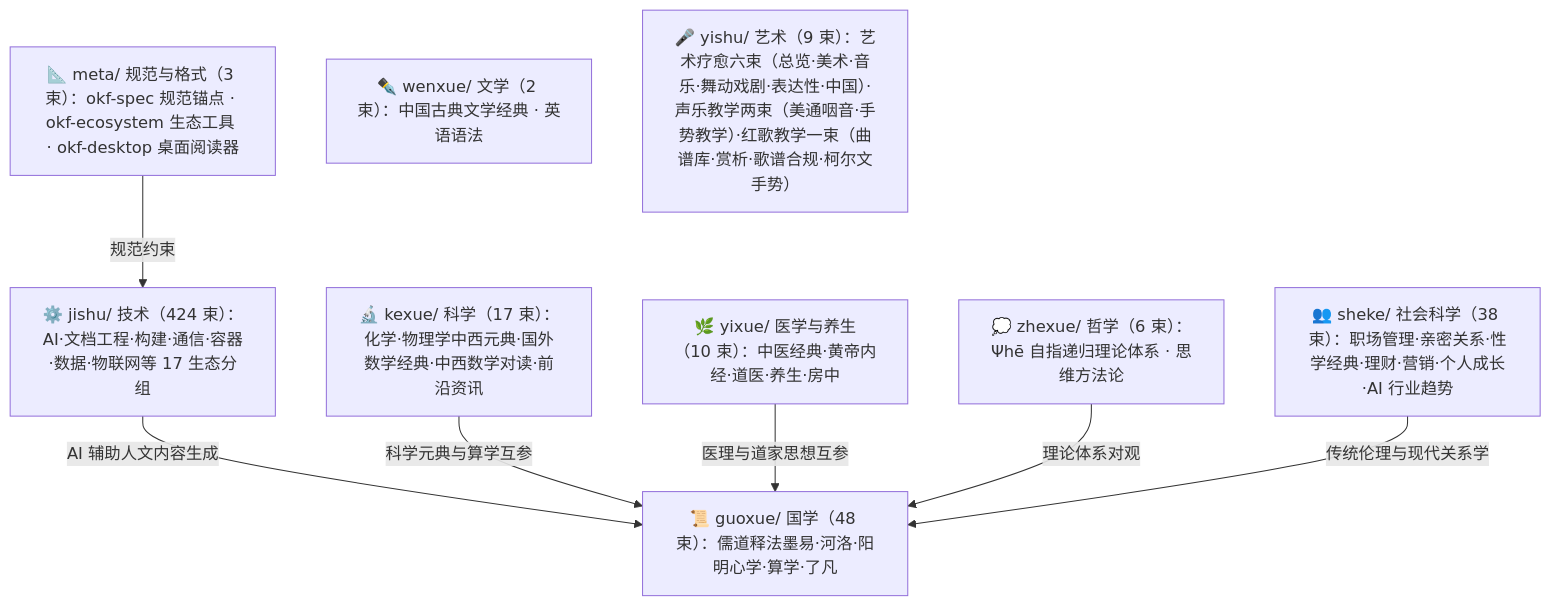
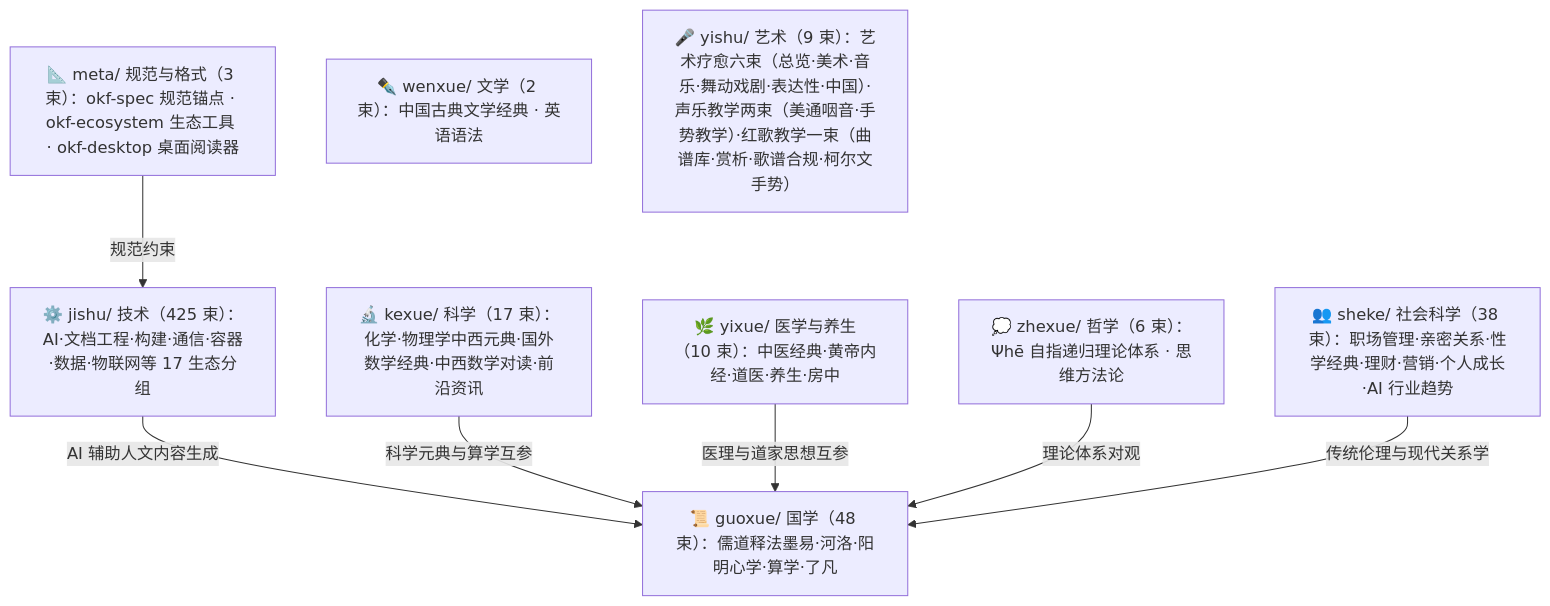
The diagram in doc/bundles/index.md (awesome-flexloop/awesome-okf), drawn with Mermaid before and after one commit. The commit also changed other lines of this file and 12 other files, not shown here.

````diff
--- a/doc/bundles/index.md
+++ b/doc/bundles/index.md
@@ -21,18 +21,18 @@
 ```mermaid
 flowchart TD
     meta["📐 meta/ 规范与格式（3 束）：okf-spec 规范锚点 · okf-ecosystem 生态工具 · okf-desktop 桌面阅读器"]
     guoxue["📜 guoxue/ 国学（48 束）：儒道释法墨易·河洛·阳明心学·算学·了凡"]
     zhexue["💭 zhexue/ 哲学（6 束）：Ψhē 自指递归理论体系 · 思维方法论"]
     kexue["🔬 kexue/ 科学（17 束）：化学·物理学中西元典·国外数学经典·中西数学对读·前沿资讯"]
     wenxue["✒️ wenxue/ 文学（2 束）：中国古典文学经典 · 英语语法"]
     yixue["🌿 yixue/ 医学与养生（10 束）：中医经典·黄帝内经·道医·养生·房中"]
     sheke["👥 sheke/ 社会科学（38 束）：职场管理·亲密关系·性学经典·理财·营销·个人成长·AI 行业趋势"]
     yishu["🎤 yishu/ 艺术（9 束）：艺术疗愈六束（总览·美术·音乐·舞动戏剧·表达性·中国）·声乐教学两束（美通咽音·手势教学）·红歌教学一束（曲谱库·赏析·歌谱合规·柯尔文手势）"]
-    jishu["⚙️ jishu/ 技术（424 束）：AI·文档工程·构建·通信·容器·数据·物联网等 17 生态分组"]
+    jishu["⚙️ jishu/ 技术（425 束）：AI·文档工程·构建·通信·容器·数据·物联网等 17 生态分组"]
     meta -->|"规范约束"| jishu
     jishu -->|"AI 辅助人文内容生成"| guoxue
     kexue -->|"科学元典与算学互参"| guoxue
     yixue -->|"医理与道家思想互参"| guoxue
     zhexue -->|"理论体系对观"| guoxue
     sheke -->|"传统伦理与现代关系学"| guoxue
 ```
````
